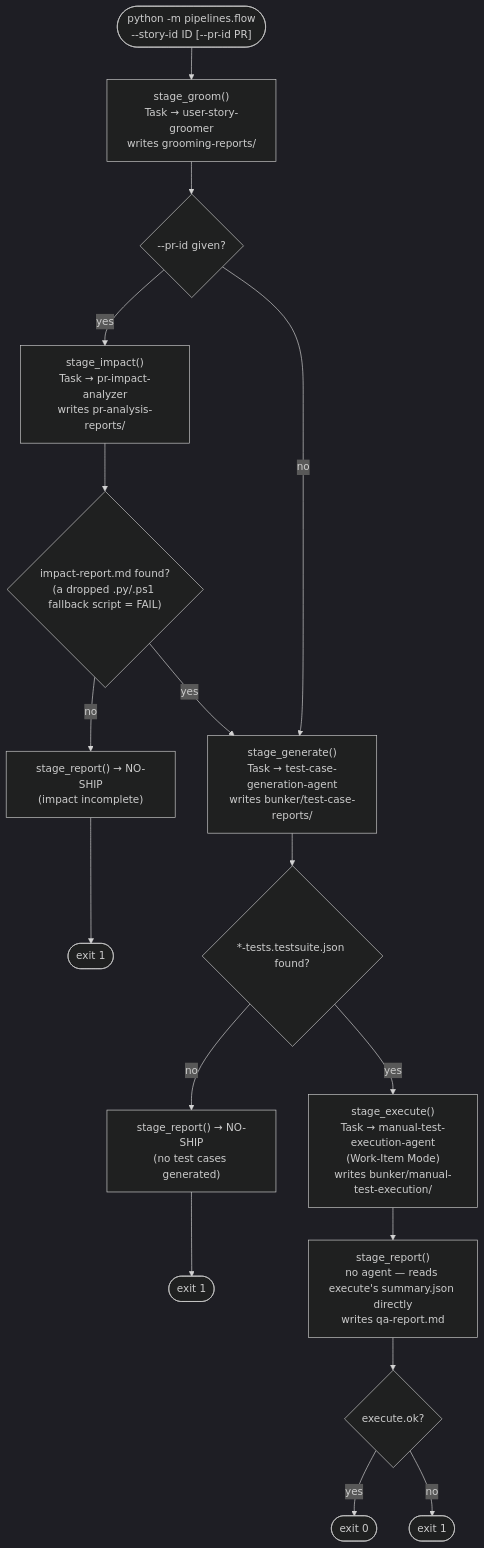
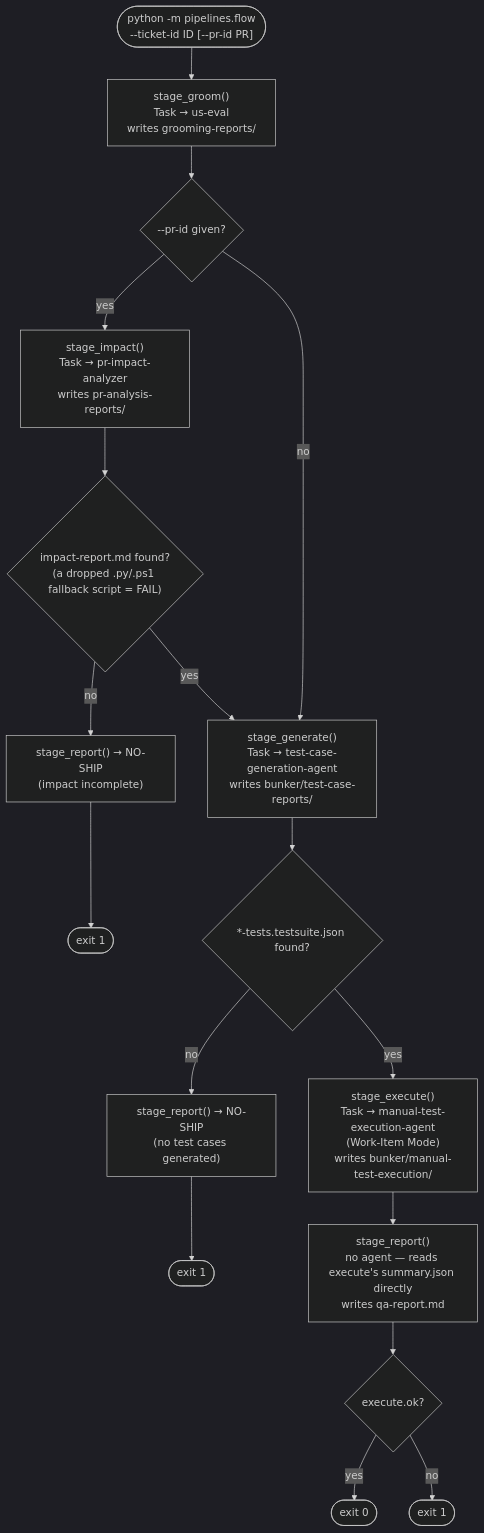
The diagram in README.md (affan-01/AutoTest), drawn with Mermaid (dark theme) before and after one commit. The commit also changed other lines of this file and 42 other files, not shown here.

````diff
--- a/README.md
+++ b/README.md
@@ -31,28 +67,28 @@
 ```mermaid
 flowchart TD
-    Start(["python -m pipelines.flow<br/>--story-id ID [--pr-id PR]"]) --> Groom
+    Start(["python -m pipelines.flow<br/>--ticket-id ID [--pr-id PR]"]) --> Groom
 
-    Groom["stage_groom()<br/>Task → user-story-groomer<br/>writes grooming-reports/"]
+    Groom["stage_groom()<br/>Task → us-eval<br/>writes grooming-reports/"]
     Groom --> HasPR{"--pr-id given?"}
 
     HasPR -- no --> Generate
     HasPR -- yes --> Impact
 
     Impact["stage_impact()<br/>Task → pr-impact-analyzer<br/>writes pr-analysis-reports/"]
     Impact --> ImpactOK{"impact-report.md found?<br/>(a dropped .py/.ps1 fallback script = FAIL)"}
     ImpactOK -- no --> Stop1["stage_report() → NO-SHIP<br/>(impact incomplete)"] --> Exit1(["exit 1"])
     ImpactOK -- yes --> Generate
 
     Generate["stage_generate()<br/>Task → test-case-generation-agent<br/>writes bunker/test-case-reports/"]
     Generate --> GenOK{"*-tests.testsuite.json found?"}
     GenOK -- no --> Stop2["stage_report() → NO-SHIP<br/>(no test cases generated)"] --> Exit2(["exit 1"])
     GenOK -- yes --> Execute
 
     Execute["stage_execute()<br/>Task → manual-test-execution-agent<br/>(Work-Item Mode)<br/>writes bunker/manual-test-execution/"]
     Execute --> Report
 
     Report["stage_report()<br/>no agent — reads execute's summary.json directly<br/>writes qa-report.md"]
     Report --> Final{"execute.ok?"}
     Final -- yes --> Exit0(["exit 0"])
     Final -- no --> Exit3(["exit 1"])
 ```
````
